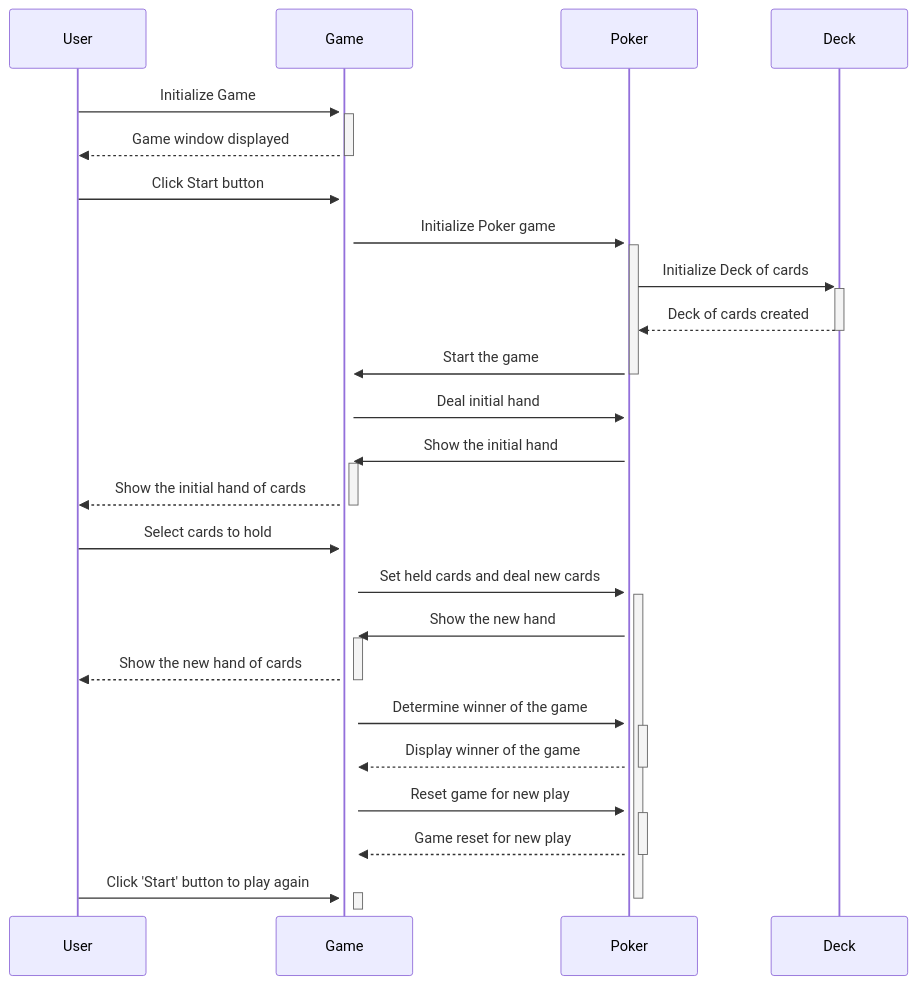
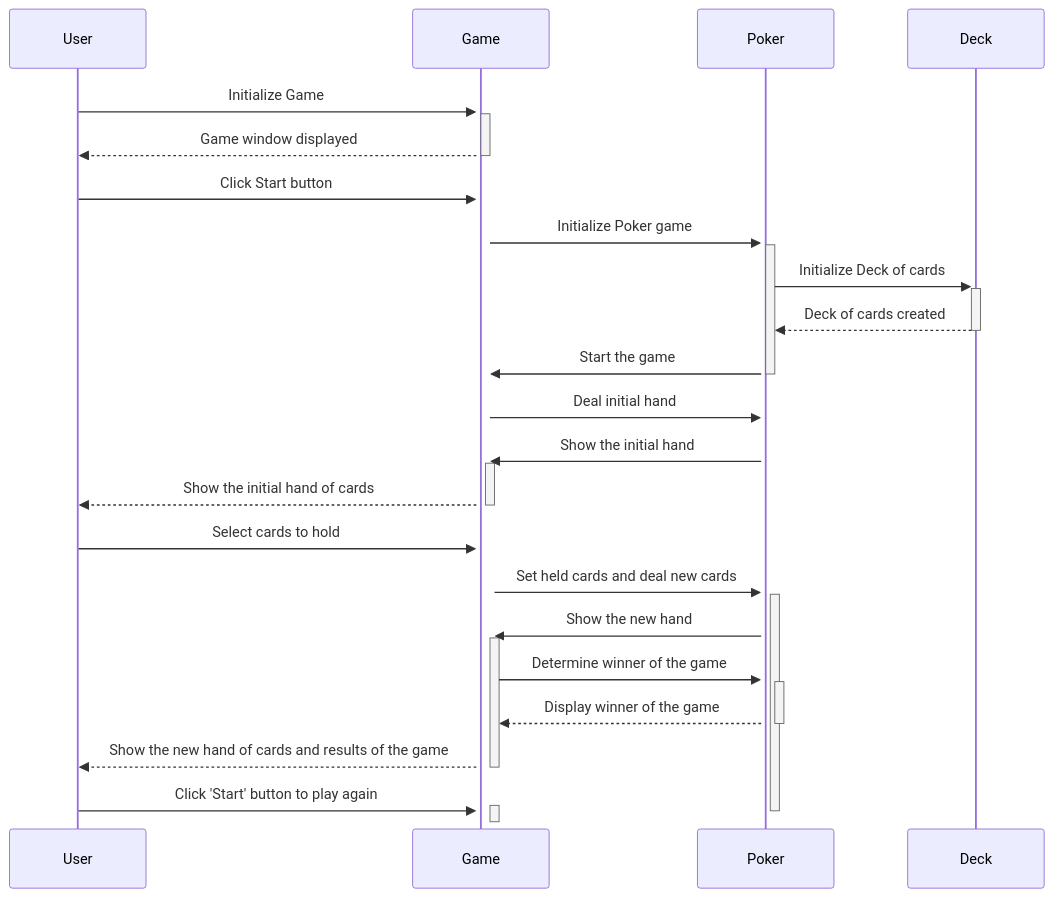
The diagram in documentation/architecture.md (JesseHantula/JokerPoker), drawn with Mermaid before and after one commit. The commit also changed other lines of this file, not shown here.

Commit message:
documentation update

````diff
--- a/documentation/architecture.md
+++ b/documentation/architecture.md
@@ -8,28 +8,26 @@
 ```mermaid
     sequenceDiagram
         participant User
         participant Game
         User->>+Game: Initialize Game
         activate Game
         Game-->>-User: Game window displayed
         User->>+Game: Click Start button
         Game->>+Poker: Initialize Poker game
         activate Poker
         Poker->>+Deck: Initialize Deck of cards
         Deck-->>-Poker: Deck of cards created
         Poker->>-Game: Start the game
         Game->>+Poker: Deal initial hand
         Poker->>+Game: Show the initial hand
         Game-->>-User: Show the initial hand of cards
         User->>+Game: Select cards to hold
         Game->>+Poker: Set held cards and deal new cards
         Poker->>+Game: Show the new hand
-        Game-->>-User: Show the new hand of cards
         Game->>+Poker: Determine winner of the game
         Poker-->>-Game: Display winner of the game
-        Game->>+Poker: Reset game for new play
-        Poker-->>-Game: Game reset for new play
+        Game-->>-User: Show the new hand of cards and results of the game
         User->>+Game: Click 'Start' button to play again
         deactivate Poker
         deactivate Game
 ```
````
